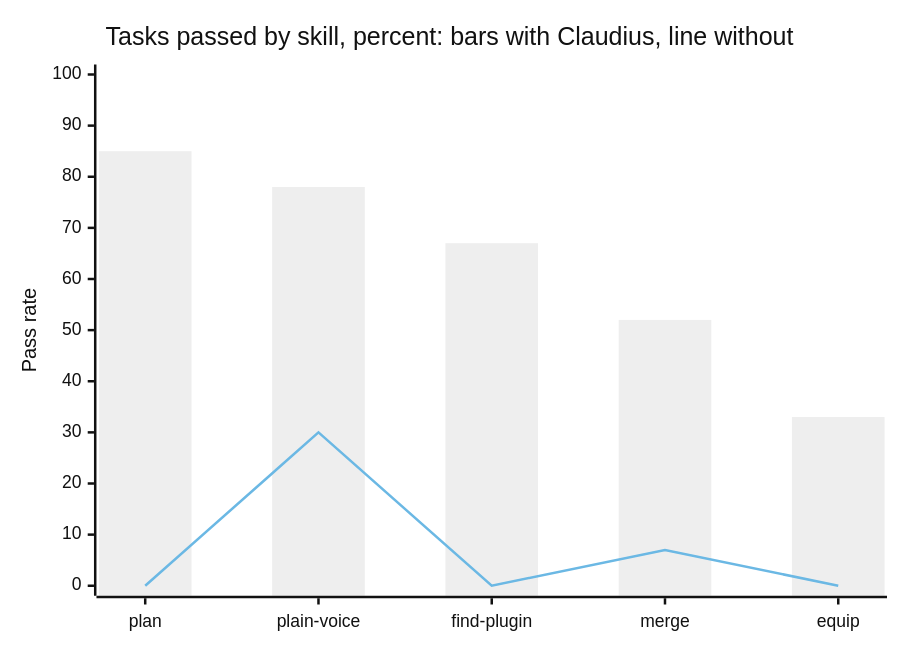
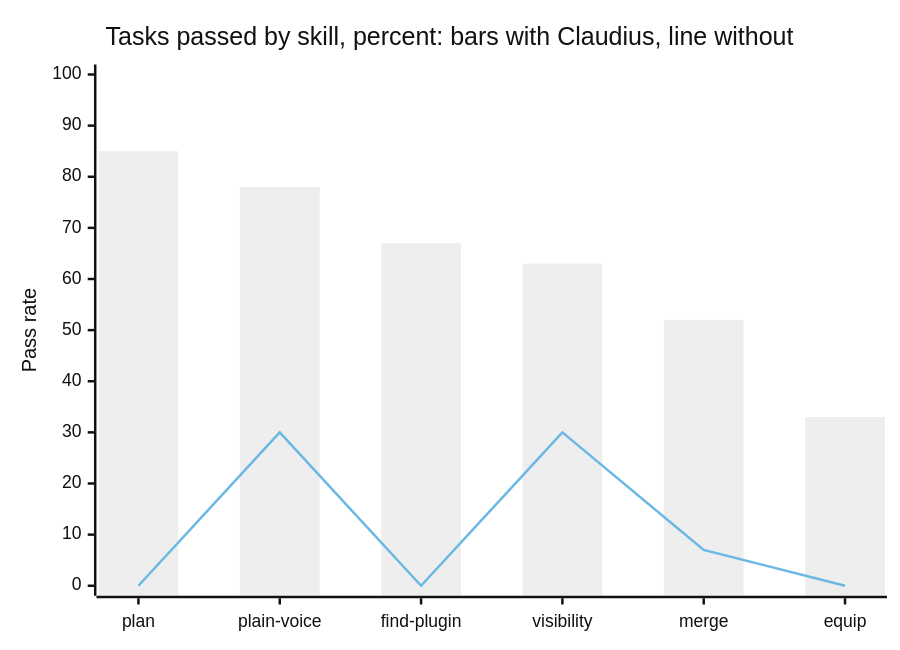
Before and after one commit to Colorado-Startups/claudius: the first of 2 diagrams in SCORECARD.md, drawn with Mermaid (neutral theme). The commit also changed other lines of this file and 5 other files, not shown here.

````diff
--- a/SCORECARD.md
+++ b/SCORECARD.md
@@ -17,8 +17,8 @@
 ```mermaid
 xychart-beta
   title "Tasks passed by skill, percent: bars with Claudius, line without"
-  x-axis ["plan", "plain-voice", "find-plugin", "merge", "equip"]
+  x-axis ["plan", "plain-voice", "find-plugin", "visibility", "merge", "equip"]
   y-axis "Pass rate" 0 --> 100
-  bar [85, 78, 67, 52, 33]
-  line [0, 30, 0, 7, 0]
+  bar [85, 78, 67, 63, 52, 33]
+  line [0, 30, 0, 30, 7, 0]
 ```
````
